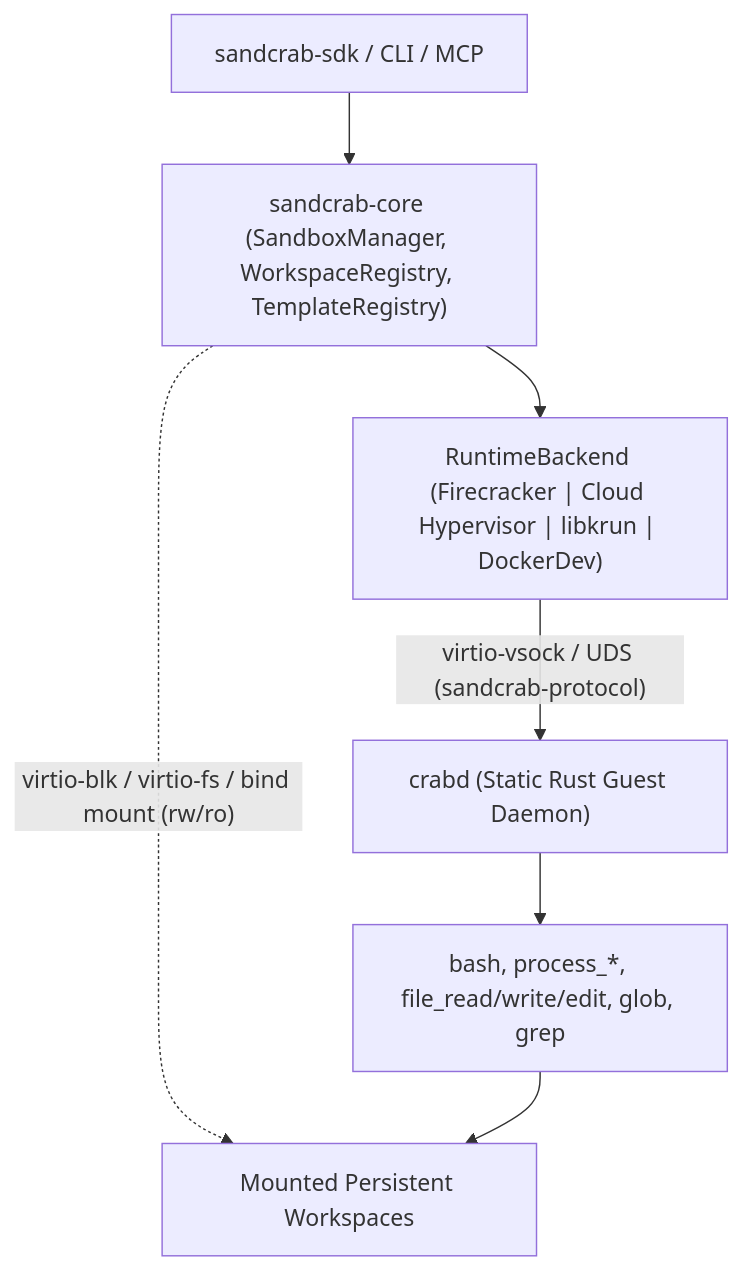
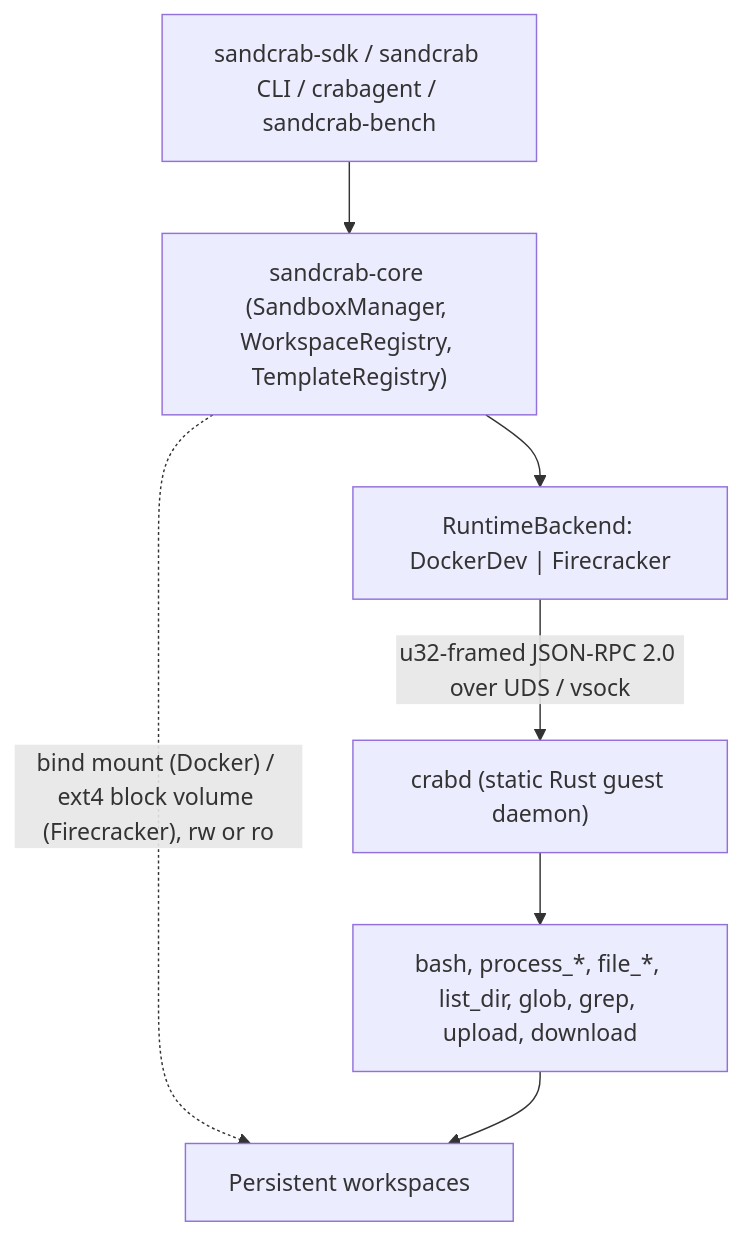
The diagram in README.md (polvera-org/sandcrab), drawn with Mermaid before and after one commit. The commit also changed other lines of this file, not shown here.

````diff
--- a/README.md
+++ b/README.md
@@ -22,9 +161,9 @@
 ```mermaid
 flowchart TB
-    SDK["sandcrab-sdk / CLI / MCP"] --> Core["sandcrab-core (SandboxManager, WorkspaceRegistry, TemplateRegistry)"]
-    Core --> Backends["RuntimeBackend (Firecracker | Cloud Hypervisor | libkrun | DockerDev)"]
-    Backends -- "virtio-vsock / UDS (sandcrab-protocol)" --> Guest["crabd (Static Rust Guest Daemon)"]
-    Guest --> Tools["bash, process_*, file_read/write/edit, glob, grep"]
-    Core -. "virtio-blk / virtio-fs / bind mount (rw/ro)" .-> WS["Mounted Persistent Workspaces"]
+    Callers["sandcrab-sdk / sandcrab CLI / crabagent / sandcrab-bench"] --> Core["sandcrab-core (SandboxManager, WorkspaceRegistry, TemplateRegistry)"]
+    Core --> Backends["RuntimeBackend: DockerDev | Firecracker"]
+    Backends -- "u32-framed JSON-RPC 2.0 over UDS / vsock" --> Guest["crabd (static Rust guest daemon)"]
+    Guest --> Tools["bash, process_*, file_*, list_dir, glob, grep, upload, download"]
+    Core -. "bind mount (Docker) / ext4 block volume (Firecracker), rw or ro" .-> WS["Persistent workspaces"]
     Tools --> WS
 ```
````
